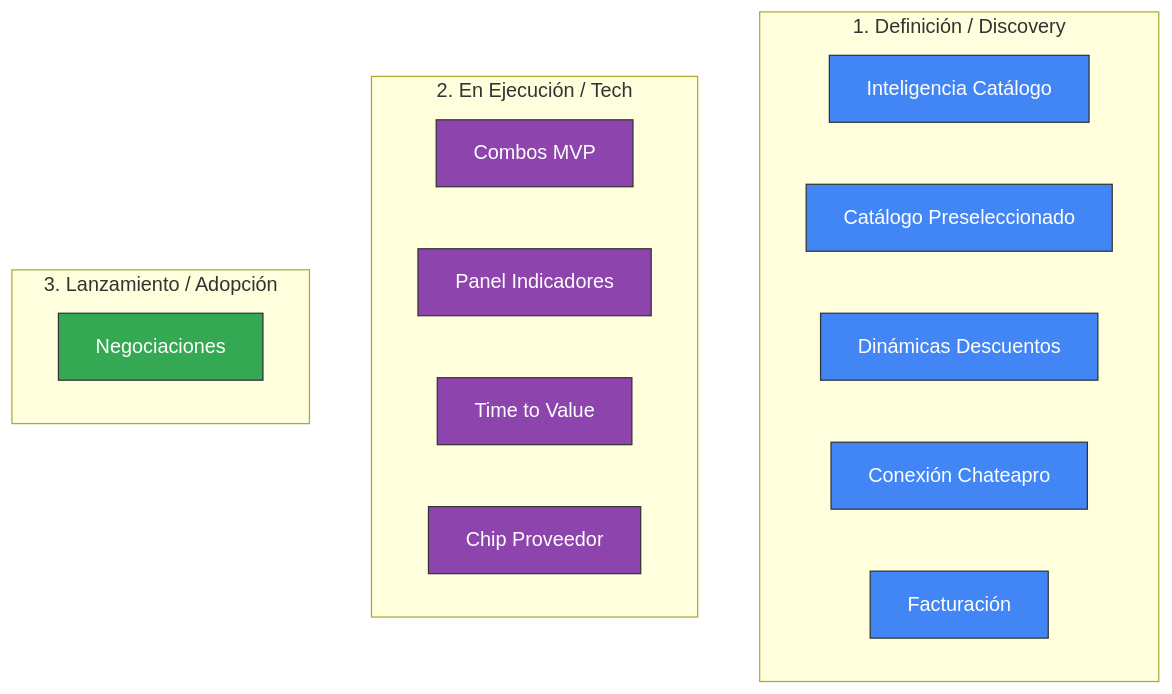
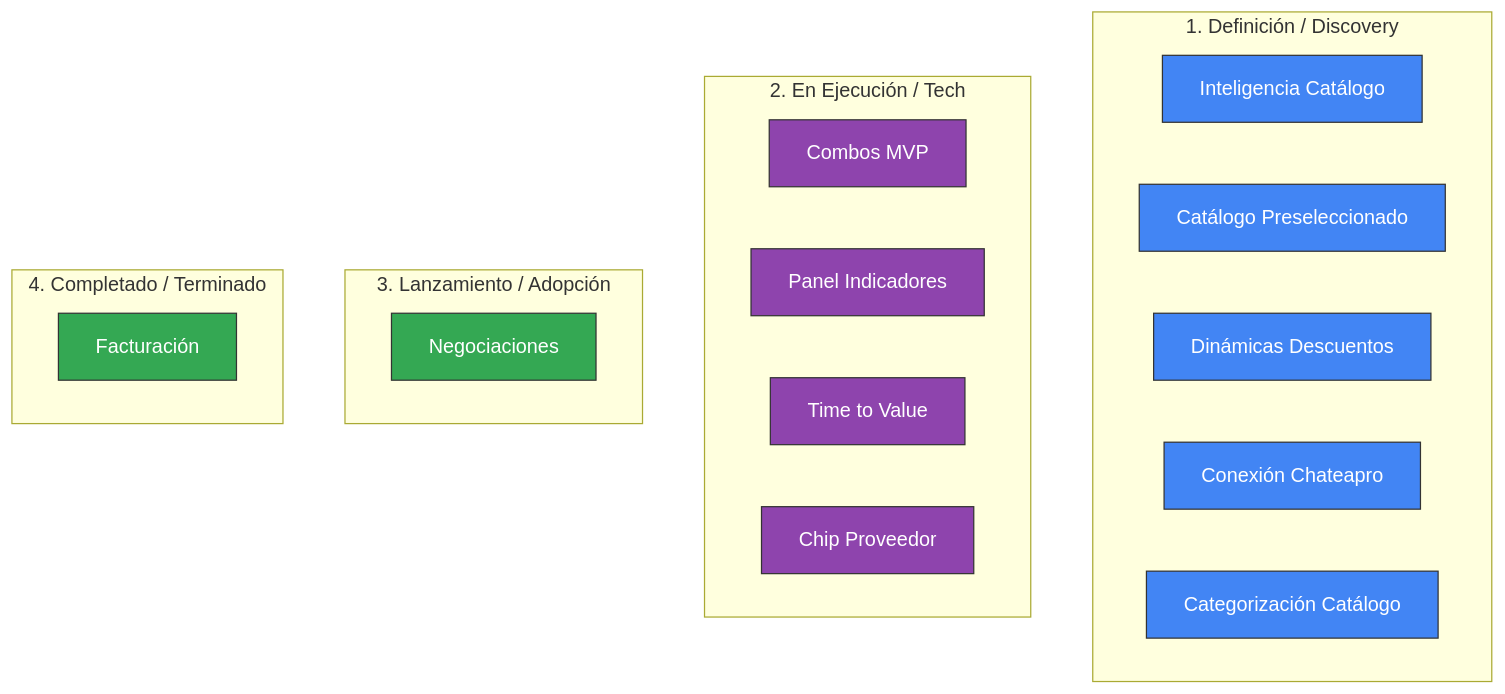
One commit to michelle27lopez/dropi-agente-pm changed the diagram in hub/scratch/manager_weekly_report.md. Above: the diagram before and after it, drawn with Mermaid. The commit also changed other lines of this file and 1 other file, not shown here.

Commit message:
docs: ajustar categorización de catálogo a fase 1 en reportes de estado

````diff
--- a/hub/scratch/manager_weekly_report.md
+++ b/hub/scratch/manager_weekly_report.md
@@ -86,29 +86,33 @@
 ```mermaid
 graph TD
     subgraph Discovery [1. Definición / Discovery]
         D_IC[Inteligencia Catálogo]
         D_CP[Catálogo Preseleccionado]
         D_DD[Dinámicas Descuentos]
         D_CHP[Conexión Chateapro]
-        D_FAC[Facturación]
+        D_CHC[Categorización Catálogo]
     end
 
     subgraph Executing [2. En Ejecución / Tech]
         E_COM[Combos MVP]
         E_IND[Panel Indicadores]
         E_TTV[Time to Value]
         E_CHP[Chip Proveedor]
     end
 
     subgraph Launching [3. Lanzamiento / Adopción]
         L_NEG[Negociaciones]
     end
 
+    subgraph Terminado [4. Completado / Terminado]
+        T_FAC[Facturación]
+    end
+
     classDef disc fill:#4285f4,stroke:#333,stroke-width:1px,color:#fff;
     classDef exec fill:#8e44ad,stroke:#333,stroke-width:1px,color:#fff;
     classDef done fill:#34a853,stroke:#333,stroke-width:1px,color:#fff;
 
-    class D_IC,D_CP,D_DD,D_CHP,D_FAC disc;
+    class D_IC,D_CP,D_DD,D_CHP,D_CHC disc;
     class E_COM,E_IND,E_TTV,E_CHP exec;
-    class L_NEG done;
+    class L_NEG,T_FAC done;
 ```
````
